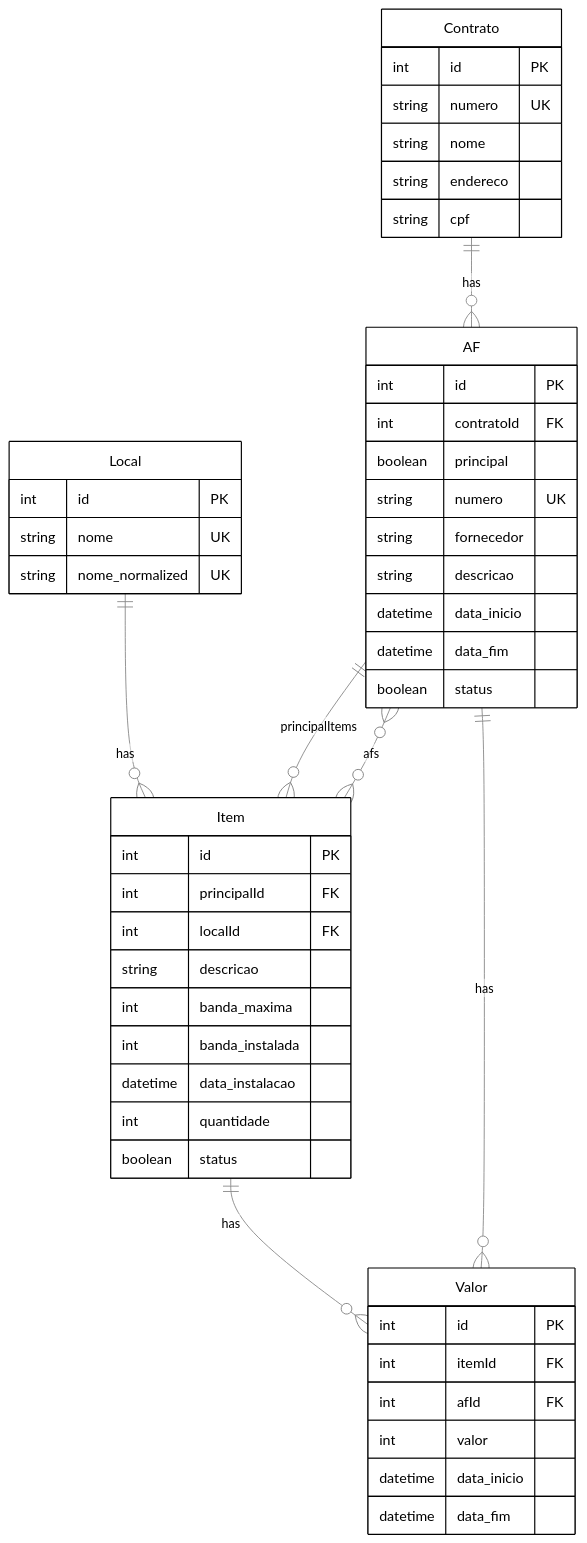
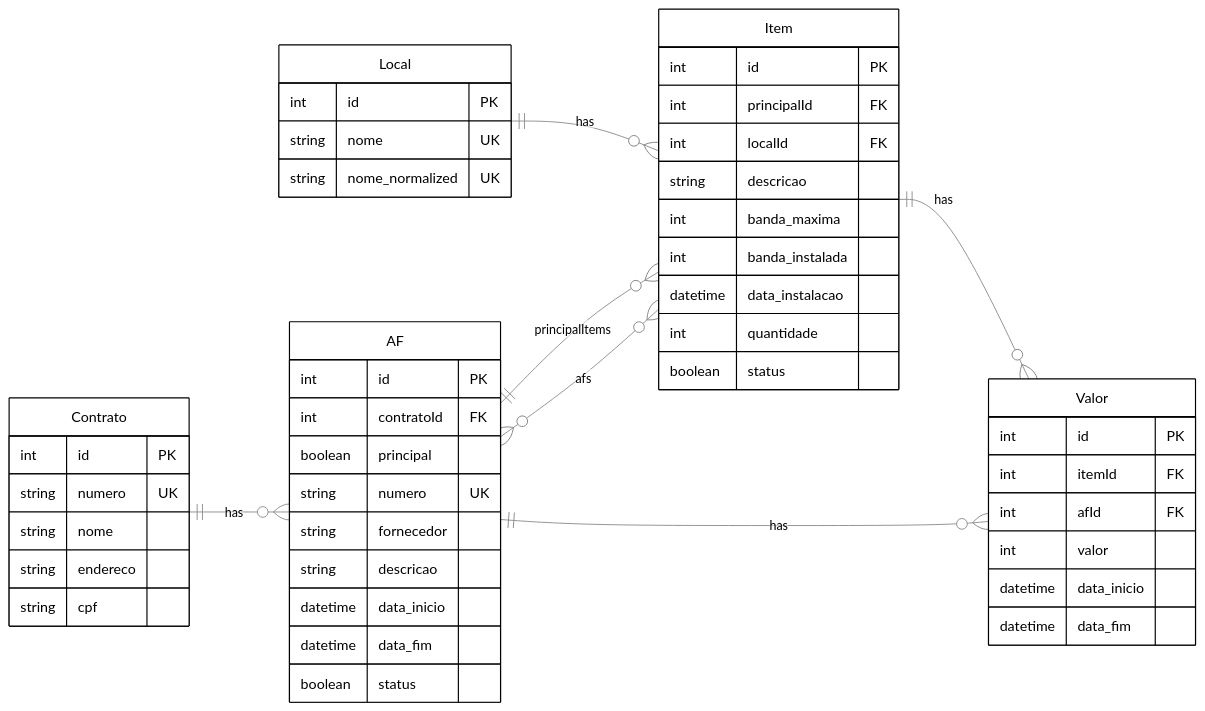
One commit to r-malon/sgaf-js changed the diagram in README.md. Above: the diagram before and after it, drawn with Mermaid.

````diff
--- a/README.md
+++ b/README.md
@@ -4,57 +4,59 @@
 ```mermaid
 %%{init: {'theme': 'base', 'themeVariables': {'fontFamily': 'monospace', 'primaryColor': '#ffffff', 'primaryTextColor': '#000000', 'primaryBorderColor': '#000000', 'lineColor': '#888888', 'secondaryColor': '#ffffff', 'tertiaryColor': '#ffffff', 'background': '#ffffff'}}}%%
 erDiagram
+    direction LR
+
     Local ||--o{ Item : has
     Contrato ||--o{ AF : has
     AF ||--o{ Item : principalItems
     AF }o--o{ Item : afs
     AF ||--o{ Valor : has
     Item ||--o{ Valor : has
 
     Local {
         int id PK
         string nome UK
         string nome_normalized UK
     }
 
     Contrato {
         int id PK
         string numero UK
         string nome
         string endereco
         string cpf
     }
 
     AF {
         int id PK
         int contratoId FK
         boolean principal
         string numero UK
         string fornecedor
         string descricao
         datetime data_inicio
         datetime data_fim
         boolean status
     }
 
     Item {
         int id PK
         int principalId FK
         int localId FK
         string descricao
         int banda_maxima
         int banda_instalada
         datetime data_instalacao
         int quantidade
         boolean status
     }
 
     Valor {
         int id PK
         int itemId FK
         int afId FK
         int valor
         datetime data_inicio
         datetime data_fim
     }
 ```
````
